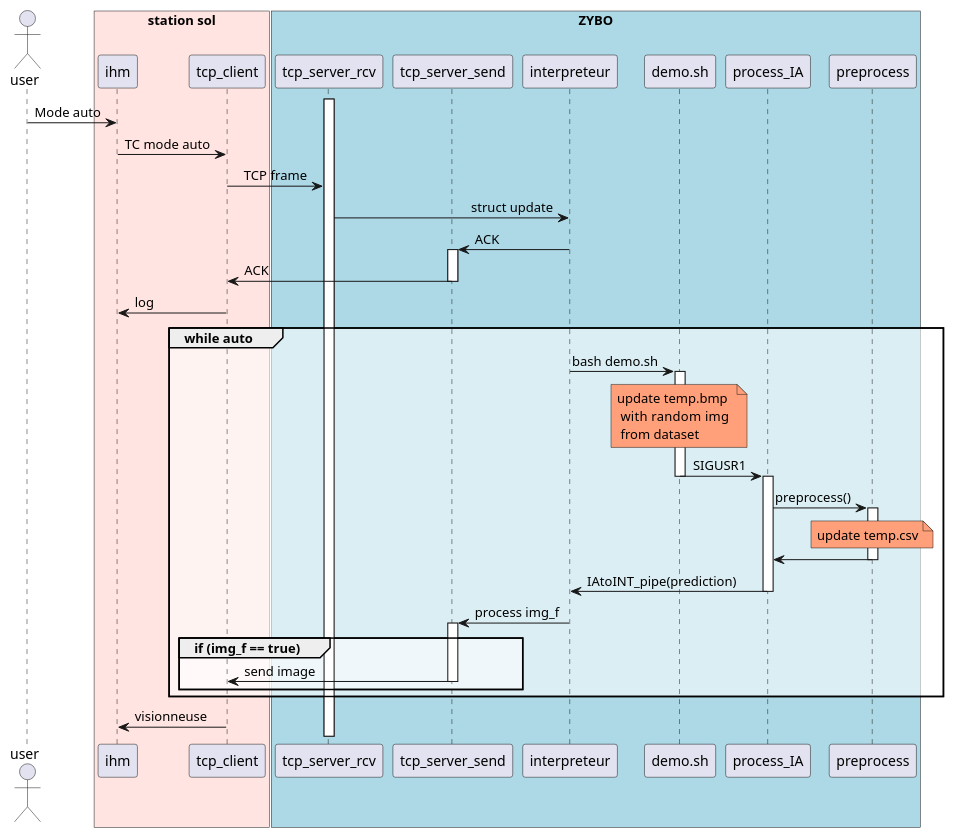
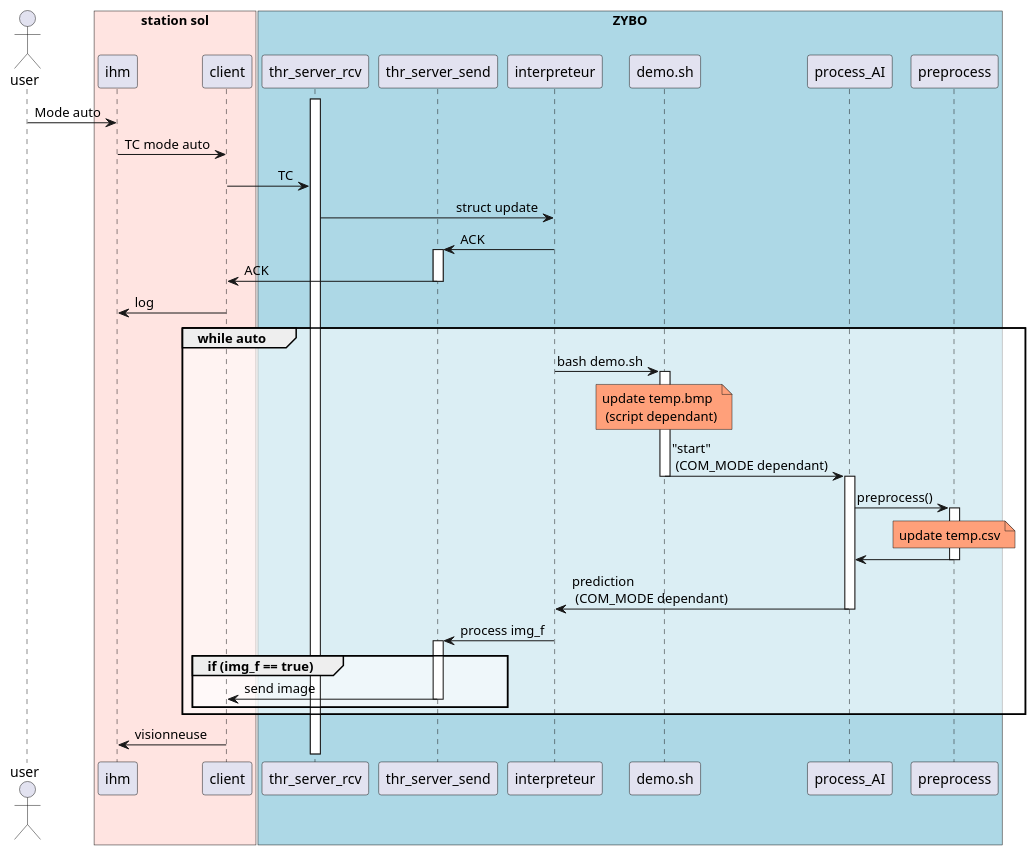
Before and after one commit to ngisedsysle/A-Eye: the first of 2 diagrams in A-Eye_Documentation/plantuml/A-Eye_Visor.plantuml, drawn with PlantUML. The commit also changed other lines of this file and 4 other files, not shown here.

```diff
--- a/A-Eye_Documentation/plantuml/A-Eye_Visor.plantuml
+++ b/A-Eye_Documentation/plantuml/A-Eye_Visor.plantuml
@@ -1,55 +1,55 @@
 @startuml Sequence_mode_auto
 
 skinparam SequenceGroupBodyBackgroundColor #FFFFFF90
 skinparam SequenceMessageAlign reverseDirection
 
 actor user order 1
 
 box "ZYBO" #LightBlue
-    participant tcp_server_rcv as server_rcv order 4
-    participant tcp_server_send as server_send order 5
+    participant thr_server_rcv as server_rcv order 4
+    participant thr_server_send as server_send order 5
     participant interpreteur as int order 6
     participant demo.sh as script order 7
-    participant process_IA as ia order 8
+    participant process_AI as AI order 8
     participant preprocess as pr order 9
 end box
 
 box "station sol" #MistyRose
     participant ihm as ihm order 2
-    participant tcp_client as client order 3
+    participant client as client order 3
 end box
 
 activate server_rcv
 user -> ihm : Mode auto
 ihm -> client : TC mode auto
-client -> server_rcv : TCP frame
+client -> server_rcv : TC
 server_rcv -> int : struct update
 int -> server_send : ACK 
 activate server_send
 server_send -> client : ACK
 deactivate server_send
 client -> ihm : log
     group while auto
         int -> script : bash demo.sh
         activate script 
-        note over script #LightSalmon:  update temp.bmp \n with  random img \n from dataset
-        script -> ia : SIGUSR1
+        note over script #LightSalmon:  update temp.bmp \n (script dependant)
+        script -> AI : "start"\n (COM_MODE dependant)
         deactivate script
-        activate ia 
-        ia -> pr : preprocess()
+        activate AI 
+        AI -> pr : preprocess()
         activate pr 
         note over pr #LightSalmon : update temp.csv 
         ' pr -> pr : update temp.csv
-        pr -> ia
+        pr -> AI
         deactivate pr 
-        ia -> int : IAtoINT_pipe(prediction)
-        deactivate ia
+        AI -> int : prediction\n (COM_MODE dependant)
+        deactivate AI
         int -> server_send : process img_f
         group if (img_f == true)
             activate server_send
             server_send -> client : send image
             deactivate server_send
         end
     end
     client -> ihm : visionneuse
 @enduml
```
